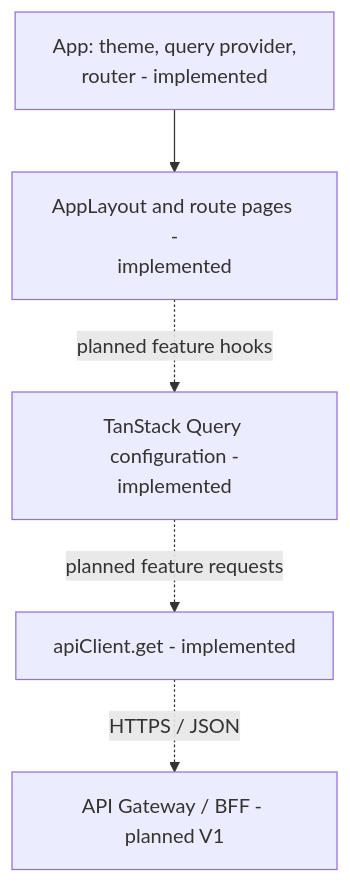
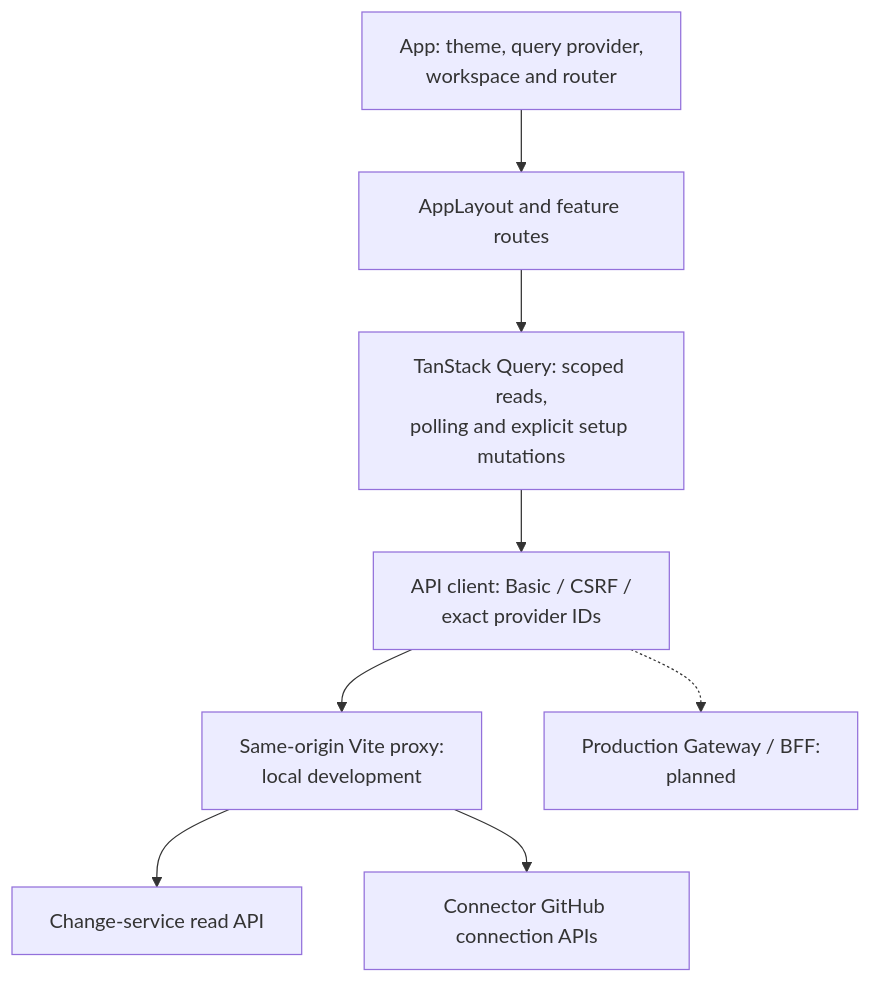
Before and after one commit to ChangeGuardHQ/changuard-platform: the second of 41 diagrams in README.md, drawn with Mermaid. The commit also changed other lines of this file and 35 other files, not shown here.

Commit message:
Connect frontend to scoped changes and GitHub setup APIs

````diff
--- a/README.md
+++ b/README.md
@@ -586,7 +586,10 @@
 ```mermaid
 flowchart TD
-    App["App: theme, query provider,<br/>router - implemented"] --> Layout["AppLayout and route pages -<br/>implemented"]
-    Layout -.->|"planned feature hooks"| Query["TanStack Query configuration -<br/>implemented"]
-    Query -.->|"planned feature requests"| Client["apiClient.get - implemented"]
-    Client -.->|"HTTPS / JSON"| BFF["API Gateway / BFF - planned V1"]
+    App["App: theme, query provider,<br/>workspace and router"] --> Layout["AppLayout and feature routes"]
+    Layout --> Query["TanStack Query: scoped reads,<br/>polling and explicit setup mutations"]
+    Query --> Client["API client: Basic / CSRF /<br/>exact provider IDs"]
+    Client --> Proxy["Same-origin Vite proxy:<br/>local development"]
+    Proxy --> Change["Change-service read API"]
+    Proxy --> Connector["Connector GitHub connection APIs"]
+    Client -.-> BFF["Production Gateway / BFF:<br/>planned"]
 ```
````
